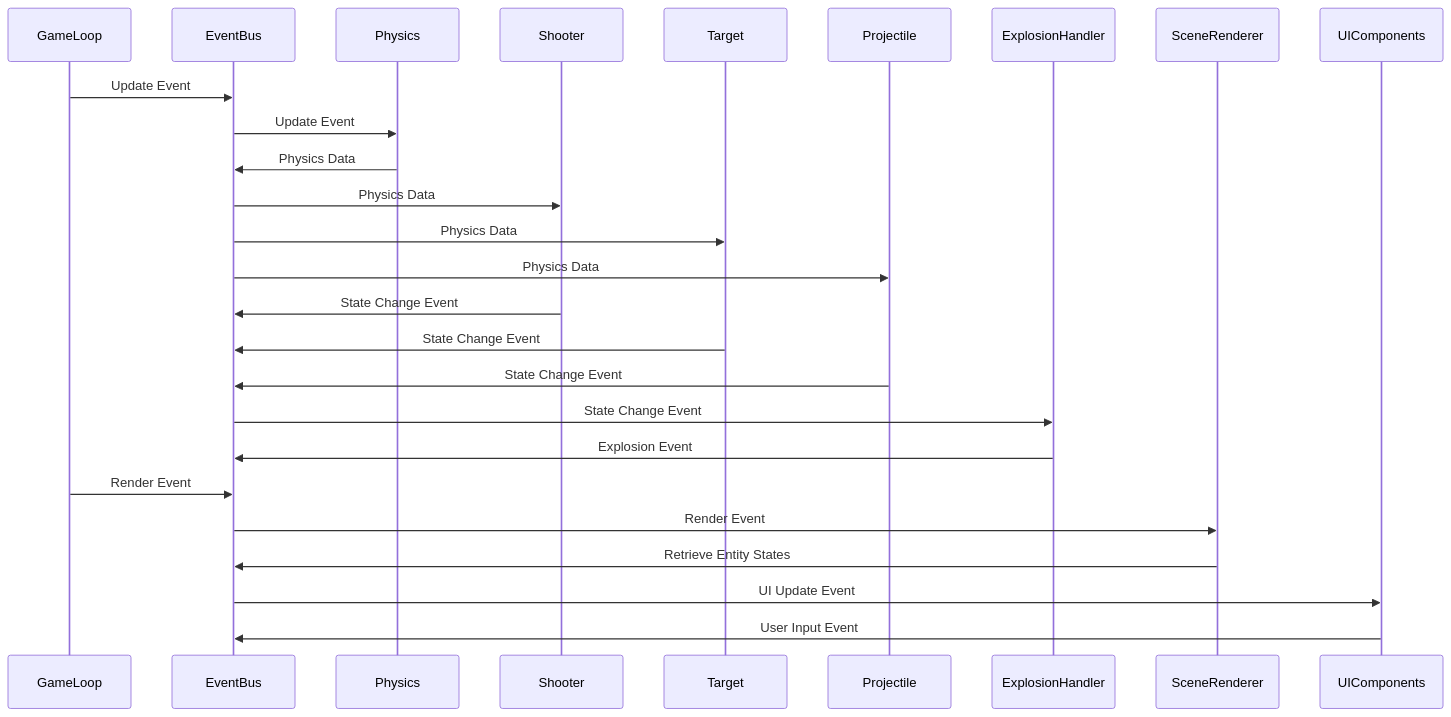
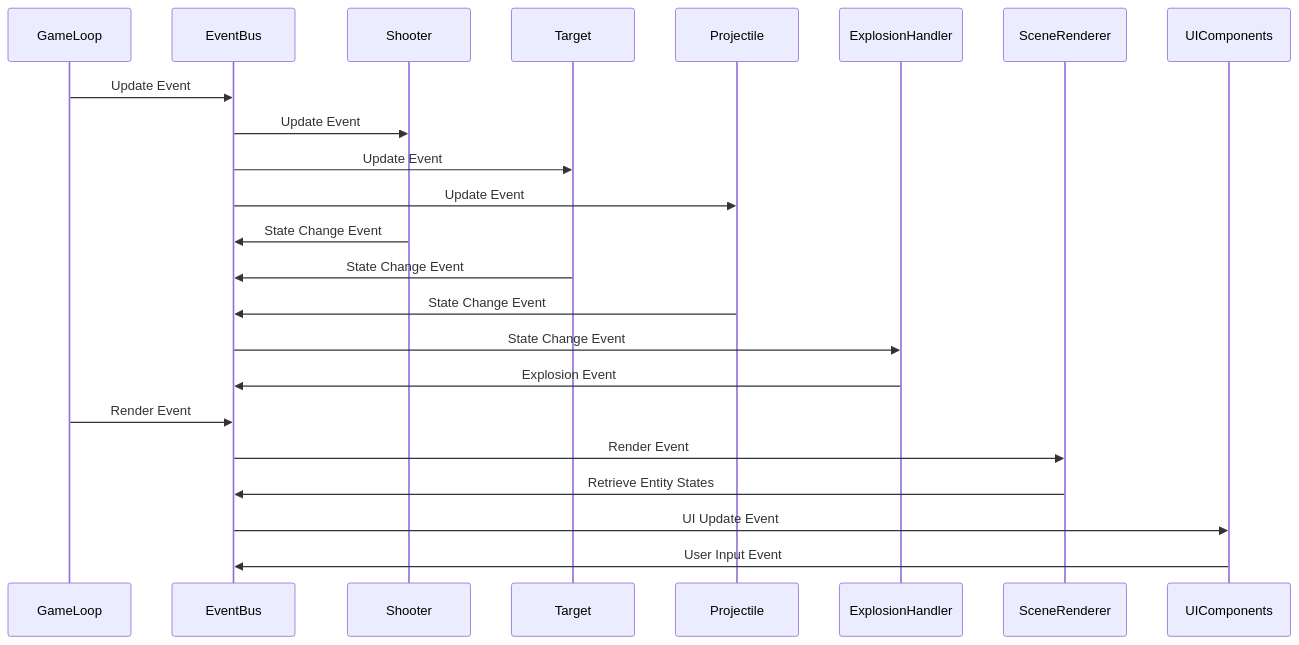
The second of 2 diagrams in src/project-structure.md (The2Innkeeper/3DWebBallistics), drawn with Mermaid before and after one commit. The commit also changed other lines of this file, not shown here.

Commit message:
Update project structure

````diff
--- a/src/project-structure.md
+++ b/src/project-structure.md
@@ -37,19 +37,17 @@
 ```mermaid
 sequenceDiagram
     GameLoop->>EventBus: Update Event
-    EventBus->>Physics: Update Event
-    Physics->>EventBus: Physics Data
-    EventBus->>Shooter: Physics Data
-    EventBus->>Target: Physics Data
-    EventBus->>Projectile: Physics Data
+    EventBus->>Shooter: Update Event
+    EventBus->>Target: Update Event
+    EventBus->>Projectile: Update Event
     Shooter->>EventBus: State Change Event
     Target->>EventBus: State Change Event
     Projectile->>EventBus: State Change Event
     EventBus->>ExplosionHandler: State Change Event
     ExplosionHandler->>EventBus: Explosion Event
     GameLoop->>EventBus: Render Event
     EventBus->>SceneRenderer: Render Event
     SceneRenderer->>EventBus: Retrieve Entity States
     EventBus->>UIComponents: UI Update Event
     UIComponents->>EventBus: User Input Event
 ```
````
